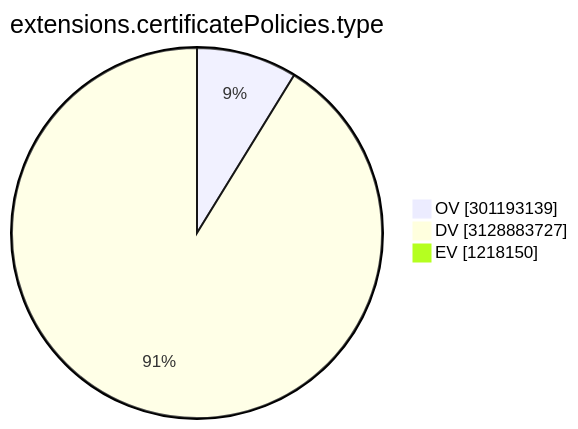
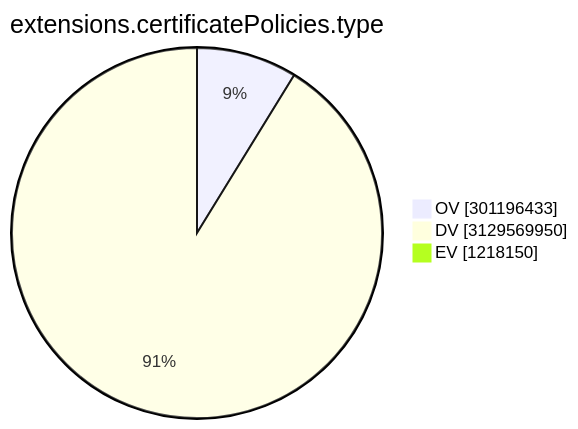
One commit to christiankrug/ctmonitor_visualization changed the ninth of 15 diagrams in TOTAL/README.md. Above: the diagram before and after it, drawn with Mermaid. The commit also changed other lines of this file, not shown here.

````diff
--- a/TOTAL/README.md
+++ b/TOTAL/README.md
@@ -3104,7 +3104,7 @@
 ```mermaid
 pie showData
 title extensions.certificatePolicies.type
-"OV" :301193139
-"DV" :3128883727
+"OV" :301196433
+"DV" :3129569950
 "EV" :1218150
 ```
````
